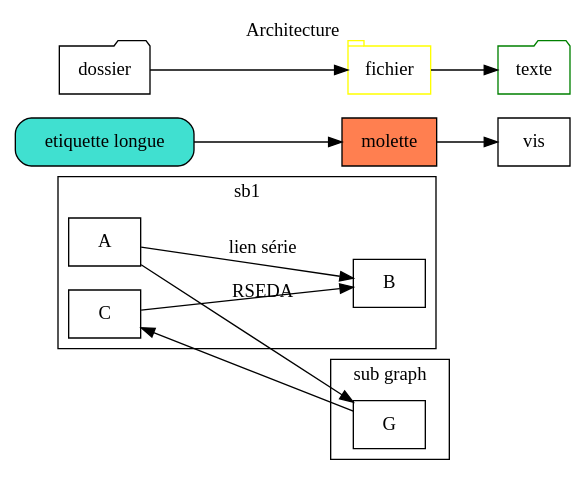
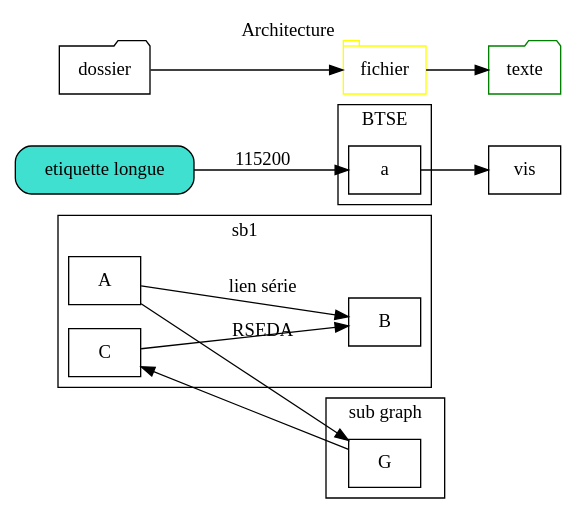
Before and after one commit to MajorLee95/MajorLeeNotes: the diagram in sphinx/graph/test.gv, drawn with Graphviz. The commit also changed 16 other files, not shown here.

```diff
--- a/sphinx/graph/test.gv
+++ b/sphinx/graph/test.gv
@@ -1,37 +1,41 @@
 digraph{
     label = "Architecture"
     labelloc="t"
     rankdir="LR"
     
     splines="line";
 
 
 
-        node [shape=box, height=0.5]
+    node [shape=box, height=0.5]
     subgraph cluster_0 {
         label="sb1";
         A -> B [label="lien série"];
         C -> B [label = "RSEDA" ];
 
 
     }
 
     subgraph cluster_1 {
         label= "sub graph"
         // edge[dir = back]
         // B -> D [color = red]
         // node[color=blue]
         // B -> X
         A -> G -> C
     }
 
     autres[label="etiquette longue", fillcolor="turquoise", style="rounded,filled"]
-    molette[fillcolor="coral", style="filled"]
-    autres -> molette -> vis
+    subgraph cluster_3 {
+        label = "BTSE"
+        a
+    }
+    autres -> a [label="115200"]
+    a -> vis
 
     node [shape=folder, height=0.5]
     fichier[color=yellow, shape=tab]
     dossier -> fichier node[color=green]
     fichier -> texte
 
 }
```
